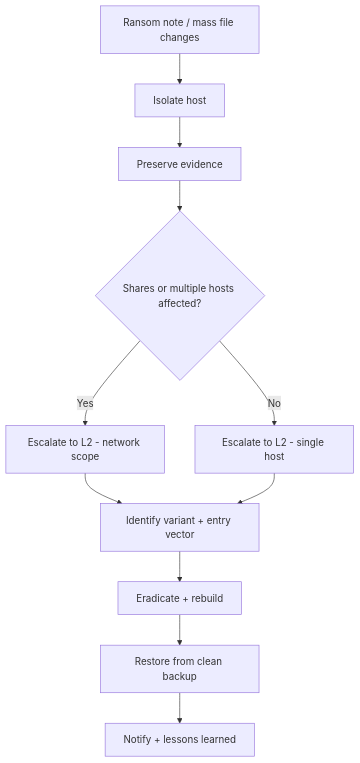
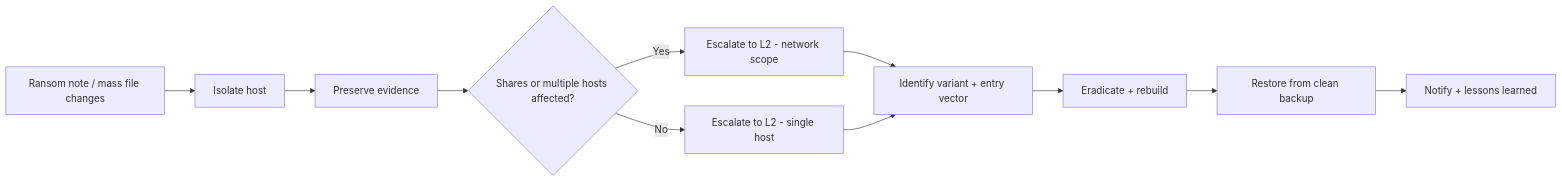
One commit to MiracleDvm/ir-firstline changed the diagram in docs/runbooks/ransomware.md. Above: the diagram before and after it, drawn with Mermaid. The commit also changed other lines of this file and 26 other files, not shown here.

Commit message:
Fix decision-tree diagram sizing/legibility, add PDF export, land tool links -- Convert decision trees to horizontal/collapsible, link cited tools/sources

````diff
--- a/docs/runbooks/ransomware.md
+++ b/docs/runbooks/ransomware.md
@@ -30,13 +32,13 @@
-```mermaid
-flowchart TD
-    A[Ransom note / mass file changes] --> B[Isolate host]
-    B --> C[Preserve evidence]
-    C --> D{Shares or multiple hosts affected?}
-    D -->|Yes| E[Escalate to L2 - network scope]
-    D -->|No| F[Escalate to L2 - single host]
-    E --> G[Identify variant + entry vector]
-    F --> G
-    G --> H[Eradicate + rebuild]
-    H --> I[Restore from clean backup]
-    I --> J[Notify + lessons learned]
-```
+    ```mermaid
+    flowchart LR
+        A[Ransom note / mass file changes] --> B[Isolate host]
+        B --> C[Preserve evidence]
+        C --> D{Shares or multiple hosts affected?}
+        D -->|Yes| E[Escalate to L2 - network scope]
+        D -->|No| F[Escalate to L2 - single host]
+        E --> G[Identify variant + entry vector]
+        F --> G
+        G --> H[Eradicate + rebuild]
+        H --> I[Restore from clean backup]
+        I --> J[Notify + lessons learned]
+    ```
````
